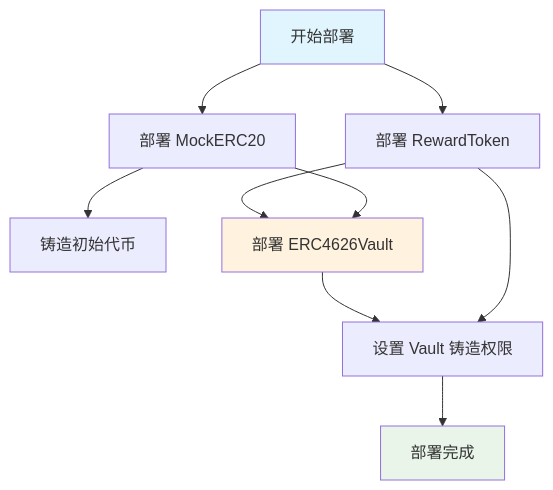
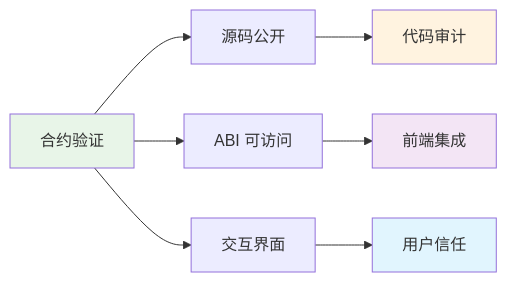
The fourth of 4 diagrams in docs/lessons/04-hardhat-deploy.md (RohithVetri/defi-fixed-yield-course), drawn with Mermaid before and after one commit. The commit also changed other lines of this file and 1 other file, not shown here.

````diff
--- a/docs/lessons/04-hardhat-deploy.md
+++ b/docs/lessons/04-hardhat-deploy.md
@@ -29,19 +190,15 @@
 ```mermaid
-graph TD
-    A[开始部署] --> B[部署 RewardToken]
-    A --> C[部署 MockERC20]
+graph LR
+    A[合约验证] --> B[源码公开]
+    A --> C[ABI 可访问]
+    A --> D[交互界面]
     
-    C --> D[铸造初始代币]
+    B --> E[代码审计]
+    C --> F[前端集成]
+    D --> G[用户信任]
     
-    B --> E[部署 ERC4626Vault]
-    C --> E
-    
-    E --> F[设置 Vault 铸造权限]
-    B --> F
-    
-    F --> G[部署完成]
-    
-    style A fill:#e1f5fe
-    style G fill:#e8f5e8
+    style A fill:#e8f5e8
     style E fill:#fff3e0
+    style F fill:#f3e5f5
+    style G fill:#e1f5fe
 ```
````
